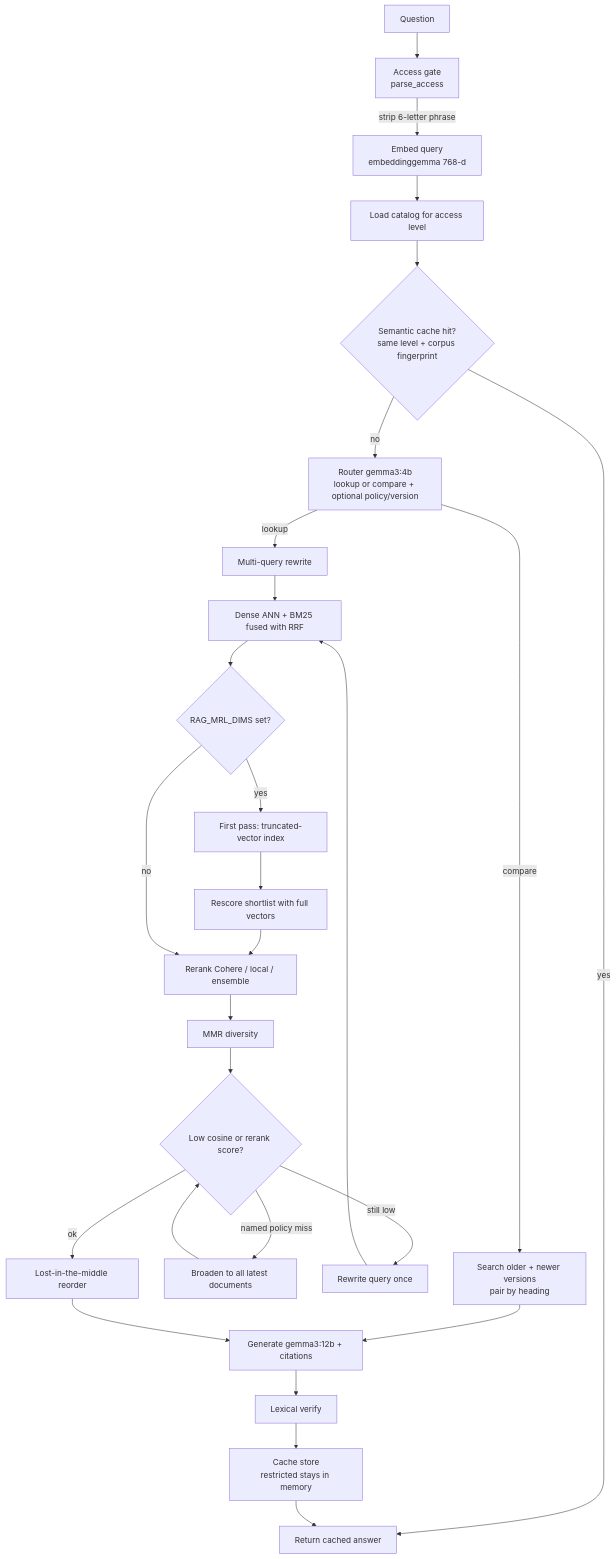
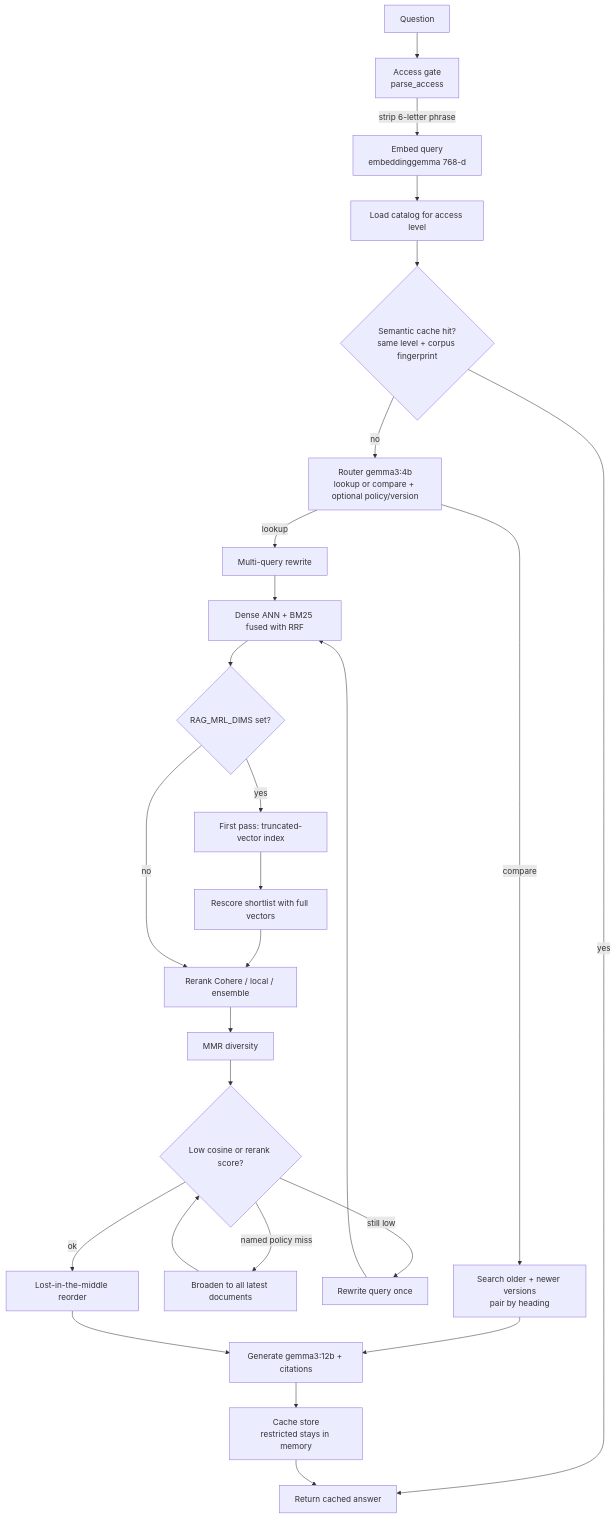
The first of 3 diagrams in new.md (nachiketht/doofenshmirtz-evil-incorporated-rag), drawn with Mermaid before and after one commit. The commit also changed 9 other files, not shown here.

````diff
--- a/new.md
+++ b/new.md
@@ -7,29 +7,28 @@
 ```mermaid
 flowchart TD
     Q[Question] --> G[Access gate<br/>parse_access]
     G -->|strip 6-letter phrase| E[Embed query<br/>embeddinggemma 768-d]
     E --> C[Load catalog for access level]
     C --> Cache{Semantic cache hit?<br/>same level + corpus fingerprint}
     Cache -->|yes| Out[Return cached answer]
     Cache -->|no| R[Router gemma3:4b<br/>lookup or compare + optional policy/version]
     R -->|compare| Cmp[Search older + newer versions<br/>pair by heading]
     R -->|lookup| MQ[Multi-query rewrite]
     MQ --> Search[Dense ANN + BM25 fused with RRF]
     Search --> MRL{RAG_MRL_DIMS set?}
     MRL -->|yes| S1[First pass: truncated-vector index]
     S1 --> S2[Rescore shortlist with full vectors]
     S2 --> RR
     MRL -->|no| RR[Rerank Cohere / local / ensemble]
     RR --> MMR[MMR diversity]
     MMR --> Low{Low cosine or rerank score?}
     Low -->|named policy miss| Broad[Broaden to all latest documents]
     Broad --> Low
     Low -->|still low| SC[Rewrite query once]
     SC --> Search
     Low -->|ok| LIM[Lost-in-the-middle reorder]
     Cmp --> Gen
     LIM --> Gen[Generate gemma3:12b + citations]
-    Gen --> V[Lexical verify]
-    V --> Store[Cache store<br/>restricted stays in memory]
+    Gen --> Store[Cache store<br/>restricted stays in memory]
     Store --> Out
 ```
````
